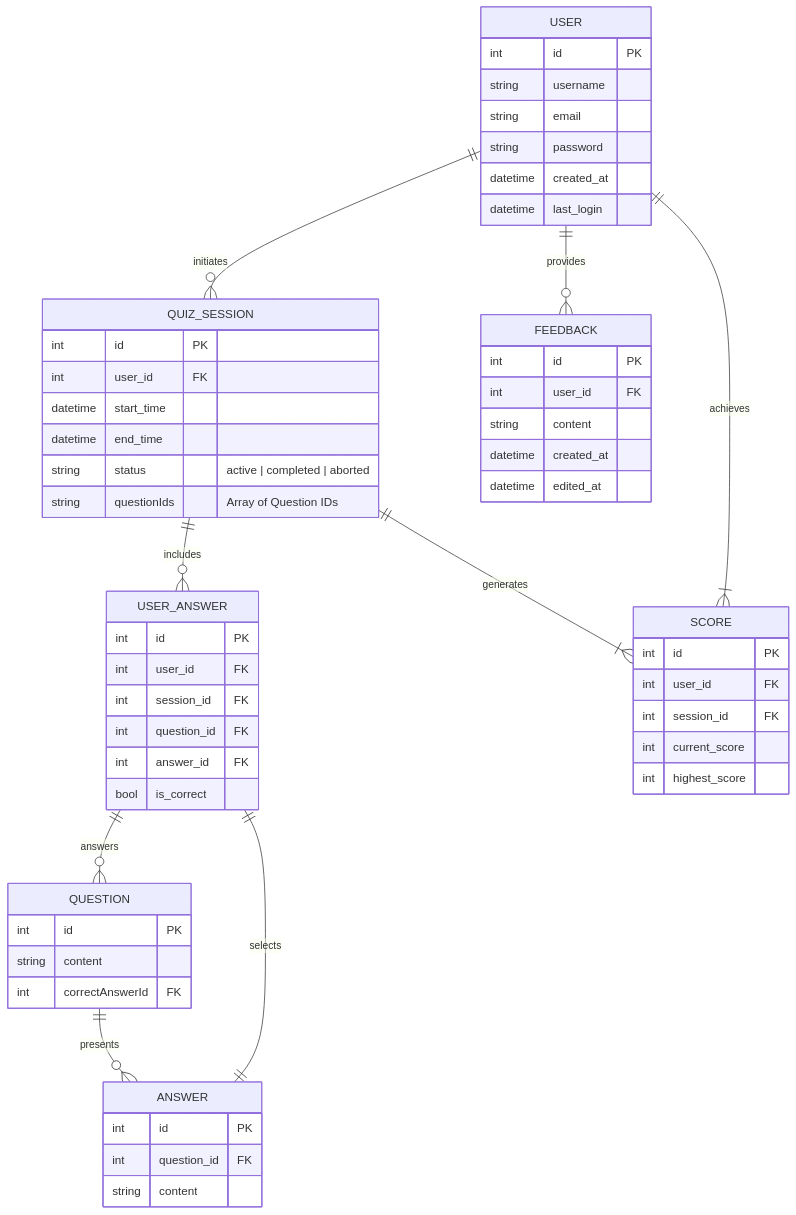
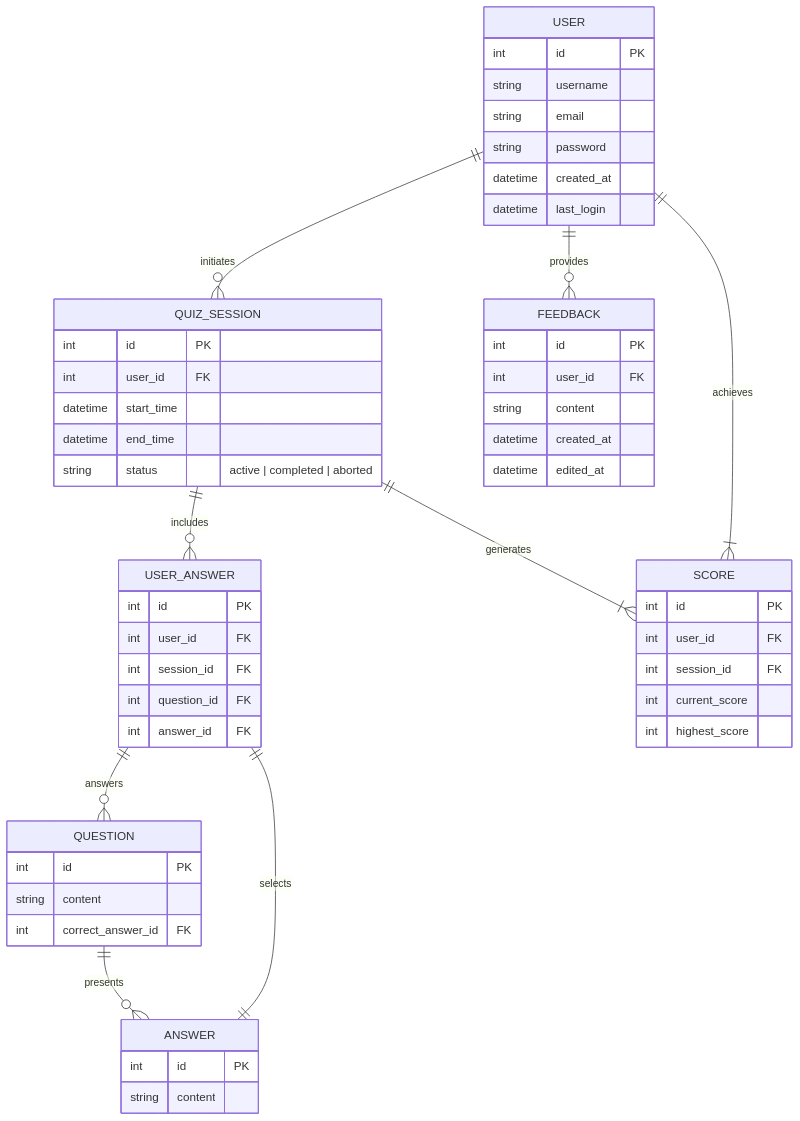
The diagram in README.md (koisumii/mr-mischief), drawn with Mermaid before and after one commit. The commit also changed 1 other file, not shown here.

Commit message:
Created Database

````diff
--- a/README.md
+++ b/README.md
@@ -52,66 +52,63 @@
 ```mermaid
 erDiagram
     USER ||--o{ QUIZ_SESSION : "initiates"
     QUIZ_SESSION ||--o{ USER_ANSWER : "includes"
     USER_ANSWER ||--o{ QUESTION : "answers"
     QUESTION ||--o{ ANSWER : "presents"
     USER_ANSWER ||--|| ANSWER : "selects"
     QUIZ_SESSION ||--|{ SCORE : "generates"
     USER ||--|{ SCORE : "achieves"
     USER ||--o{ FEEDBACK : "provides"
 
     USER {
         int id PK
         string username
         string email
         string password
         datetime created_at
         datetime last_login
     }
 
     QUIZ_SESSION {
         int id PK
         int user_id FK
         datetime start_time
         datetime end_time
         string status "active | completed | aborted"
-        string questionIds "Array of Question IDs"
     }
 
     QUESTION {
         int id PK
         string content
-        int correctAnswerId FK
+        int correct_answer_id FK
     }
 
     ANSWER {
         int id PK
-        int question_id FK
         string content
     }
 
     USER_ANSWER {
         int id PK
         int user_id FK
         int session_id FK
         int question_id FK
         int answer_id FK
-        bool is_correct
     }
 
     SCORE {
         int id PK
         int user_id FK
         int session_id FK
         int current_score
         int highest_score
     }
 
     FEEDBACK {
         int id PK
         int user_id FK
         string content
         datetime created_at
         datetime edited_at
     }
 ```
````
